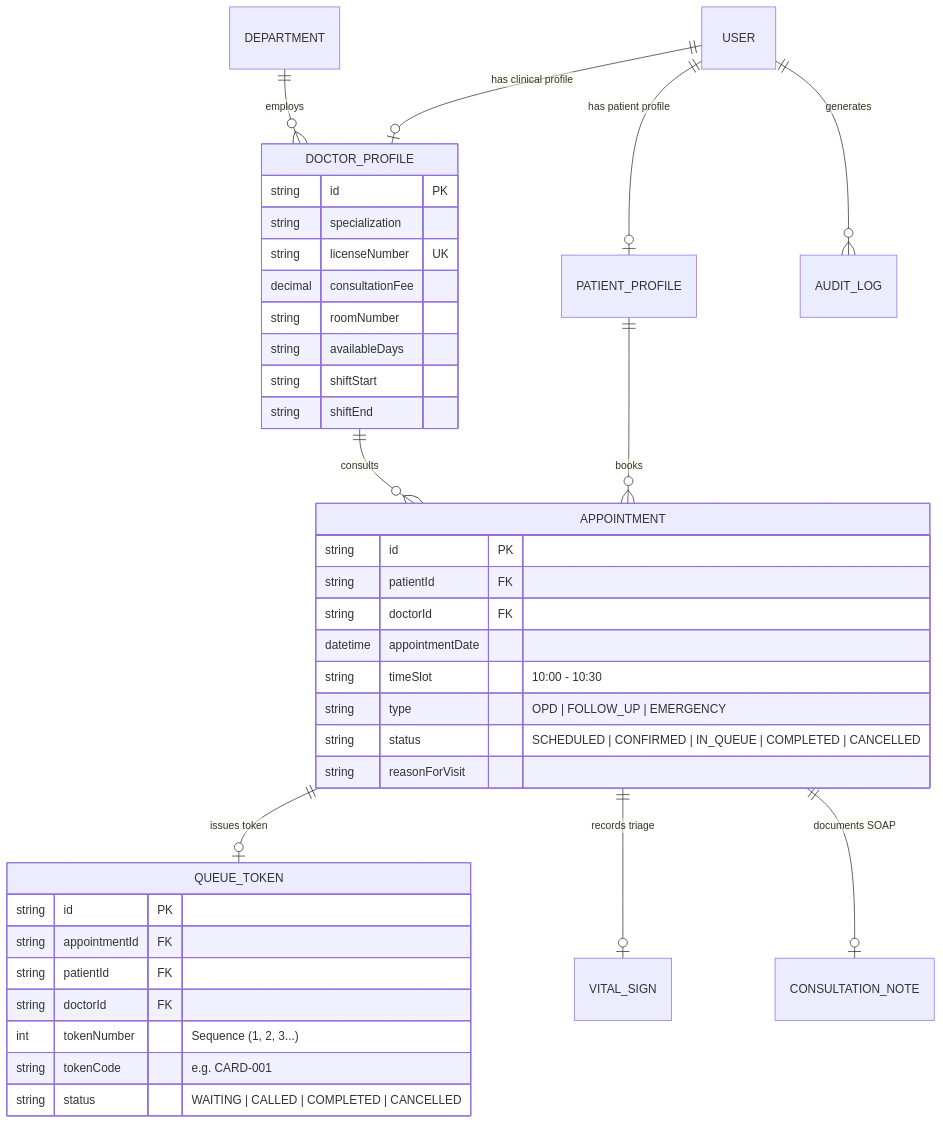
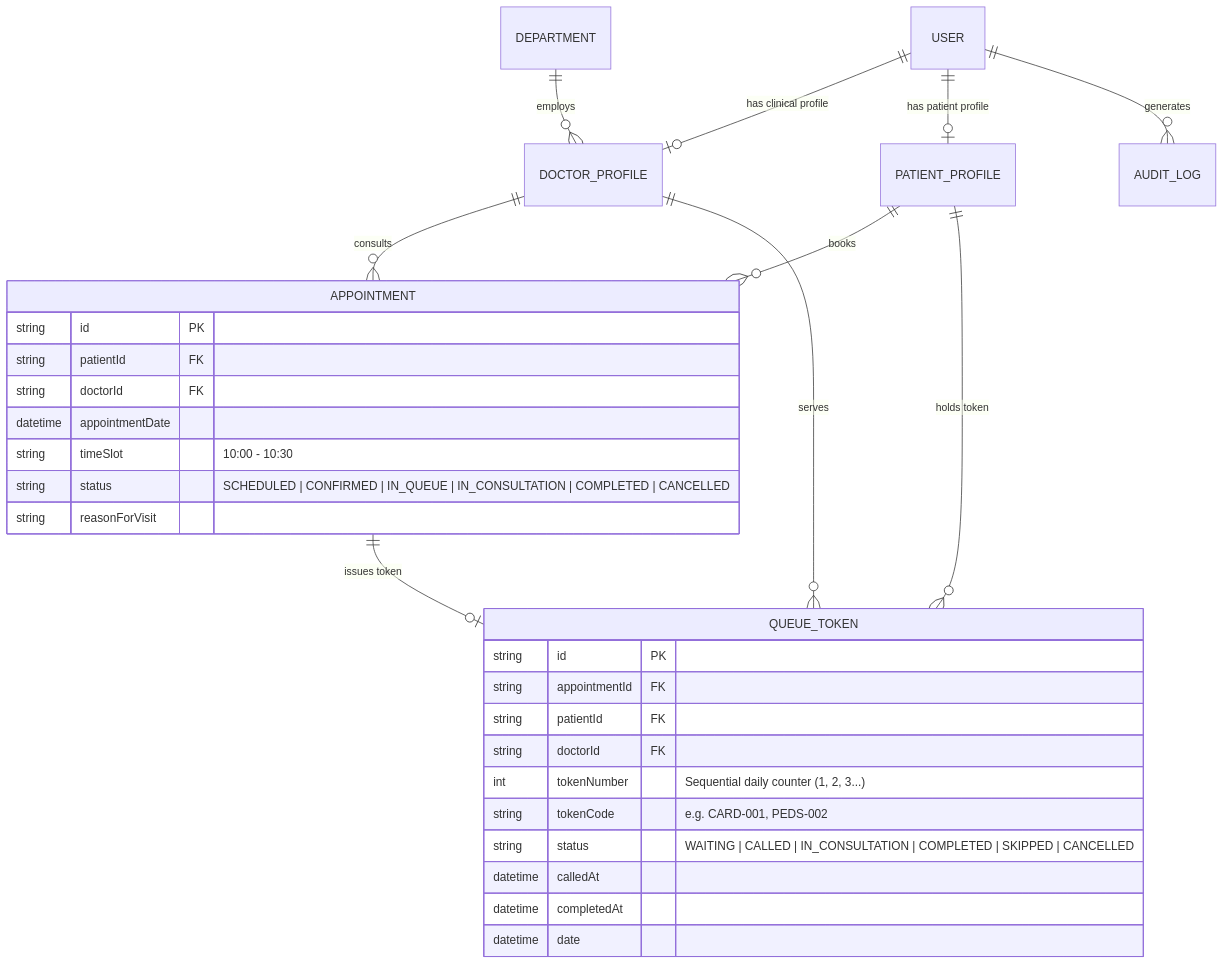
Before and after one commit to ansariking51214/Smart-Hospital-management-system: the diagram in README.md, drawn with Mermaid. The commit also changed other lines of this file and 11 other files, not shown here.

Commit message:
feat(module2-day3): implement OPD live queue board, patient calling desk, sequential token generation, waiting area TV display, and triage controls

````diff
--- a/README.md
+++ b/README.md
@@ -66,44 +66,35 @@
 ```mermaid
 erDiagram
     USER ||--o| DOCTOR_PROFILE : "has clinical profile"
     USER ||--o| PATIENT_PROFILE : "has patient profile"
     USER ||--o{ AUDIT_LOG : "generates"
     DEPARTMENT ||--o{ DOCTOR_PROFILE : "employs"
     DOCTOR_PROFILE ||--o{ APPOINTMENT : "consults"
     PATIENT_PROFILE ||--o{ APPOINTMENT : "books"
     APPOINTMENT ||--o| QUEUE_TOKEN : "issues token"
-    APPOINTMENT ||--o| VITAL_SIGN : "records triage"
-    APPOINTMENT ||--o| CONSULTATION_NOTE : "documents SOAP"
+    PATIENT_PROFILE ||--o{ QUEUE_TOKEN : "holds token"
+    DOCTOR_PROFILE ||--o{ QUEUE_TOKEN : "serves"
+
+    QUEUE_TOKEN {
+        string id PK
+        string appointmentId FK
+        string patientId FK
+        string doctorId FK
+        int tokenNumber "Sequential daily counter (1, 2, 3...)"
+        string tokenCode "e.g. CARD-001, PEDS-002"
+        string status "WAITING | CALLED | IN_CONSULTATION | COMPLETED | SKIPPED | CANCELLED"
+        datetime calledAt
+        datetime completedAt
+        datetime date
+    }
 
     APPOINTMENT {
         string id PK
         string patientId FK
         string doctorId FK
         datetime appointmentDate
         string timeSlot "10:00 - 10:30"
-        string type "OPD | FOLLOW_UP | EMERGENCY"
-        string status "SCHEDULED | CONFIRMED | IN_QUEUE | COMPLETED | CANCELLED"
+        string status "SCHEDULED | CONFIRMED | IN_QUEUE | IN_CONSULTATION | COMPLETED | CANCELLED"
         string reasonForVisit
     }
-
-    QUEUE_TOKEN {
-        string id PK
-        string appointmentId FK
-        string patientId FK
-        string doctorId FK
-        int tokenNumber "Sequence (1, 2, 3...)"
-        string tokenCode "e.g. CARD-001"
-        string status "WAITING | CALLED | COMPLETED | CANCELLED"
-    }
-
-    DOCTOR_PROFILE {
-        string id PK
-        string specialization
-        string licenseNumber UK
-        decimal consultationFee
-        string roomNumber
-        string availableDays
-        string shiftStart
-        string shiftEnd
-    }
 ```
````
